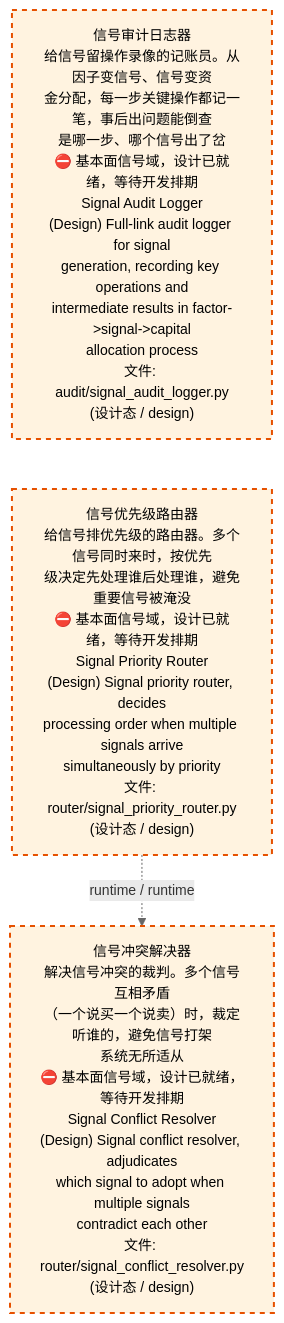
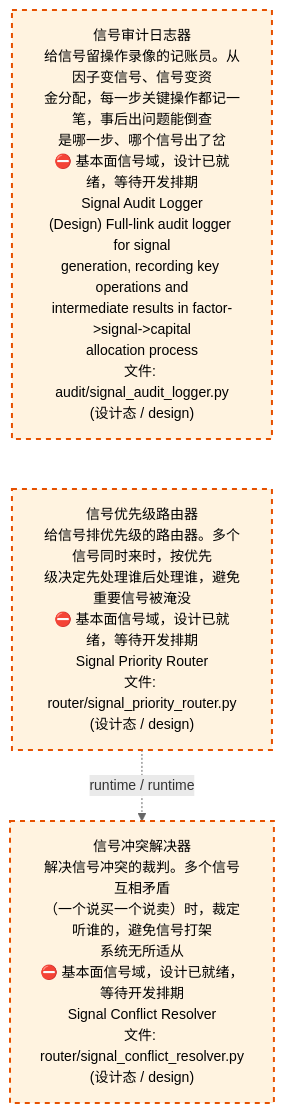
Before and after one commit to xuanFelixVan/ZephyrAlpha: the third of 4 diagrams in docs/02_enterprise_architecture/02_domain_architecture_docs/48_d_fundamental_signal.md, drawn with Mermaid. The commit also changed other lines of this file and 60 other files, not shown here.

````diff
--- a/docs/02_enterprise_architecture/02_domain_architecture_docs/48_d_fundamental_signal.md
+++ b/docs/02_enterprise_architecture/02_domain_architecture_docs/48_d_fundamental_signal.md
@@ -160,14 +160,14 @@
 ```mermaid
 %%{init: {'theme': 'base', 'themeVariables': {'primaryColor': '#eaeaea', 'primaryTextColor': '#333333', 'primaryBorderColor': '#666666', 'lineColor': '#666666', 'secondaryColor': '#eaeaea', 'tertiaryColor': '#eaeaea', 'fontSize': '14px'}}}%%
 flowchart TD
     src_zephyr_signal_fundamental_audit_signal_audit_logger_py["信号审计日志器<br/>给信号留操作录像的记账员。从因子变信号、信号变资<br/>金分配，每一步关键操作都记一笔，事后出问题能倒查<br/>是哪一步、哪个信号出了岔<br/>⛔ 基本面信号域，设计已就绪，等待开发排期<br/>Signal Audit Logger<br/>(Design) Full-link audit logger for signal<br/>generation, recording key operations and<br/>intermediate results in factor->signal->capital<br/>allocation process<br/>文件: audit/signal_audit_logger.py<br/>(设计态 / design)"]
-    src_zephyr_signal_fundamental_router_signal_priority_router_py["信号优先级路由器<br/>给信号排优先级的路由器。多个信号同时来时，按优先<br/>级决定先处理谁后处理谁，避免重要信号被淹没<br/>⛔ 基本面信号域，设计已就绪，等待开发排期<br/>Signal Priority Router<br/>(Design) Signal priority router, decides<br/>processing order when multiple signals arrive<br/>simultaneously by priority<br/>文件: router/signal_priority_router.py<br/>(设计态 / design)"]
+    src_zephyr_signal_fundamental_router_signal_priority_router_py["信号优先级路由器<br/>给信号排优先级的路由器。多个信号同时来时，按优先<br/>级决定先处理谁后处理谁，避免重要信号被淹没<br/>⛔ 基本面信号域，设计已就绪，等待开发排期<br/>Signal Priority Router<br/>文件: router/signal_priority_router.py<br/>(设计态 / design)"]
     src_zephyr_signal_fundamental_audit_signal_audit_logger_py ~~~ src_zephyr_signal_fundamental_router_signal_priority_router_py
-    src_zephyr_signal_fundamental_router_signal_conflict_resolver_py["信号冲突解决器<br/>解决信号冲突的裁判。多个信号互相矛盾<br/>（一个说买一个说卖）时，裁定听谁的，避免信号打架<br/>系统无所适从<br/>⛔ 基本面信号域，设计已就绪，等待开发排期<br/>Signal Conflict Resolver<br/>(Design) Signal conflict resolver, adjudicates<br/>which signal to adopt when multiple signals<br/>contradict each other<br/>文件: router/signal_conflict_resolver.py<br/>(设计态 / design)"]
+    src_zephyr_signal_fundamental_router_signal_conflict_resolver_py["信号冲突解决器<br/>解决信号冲突的裁判。多个信号互相矛盾<br/>（一个说买一个说卖）时，裁定听谁的，避免信号打架<br/>系统无所适从<br/>⛔ 基本面信号域，设计已就绪，等待开发排期<br/>Signal Conflict Resolver<br/>文件: router/signal_conflict_resolver.py<br/>(设计态 / design)"]
     src_zephyr_signal_fundamental_router_signal_priority_router_py -.->|runtime / runtime| src_zephyr_signal_fundamental_router_signal_conflict_resolver_py
     classDef production fill:#e1f5fe,stroke:#01579b,stroke-width:2px,color:#000
     classDef design fill:#fff3e0,stroke:#e65100,stroke-width:2px,color:#000,stroke-dasharray: 5 5
     classDef external_prod fill:#e8f4fd,stroke:#0277bd,stroke-width:1px,color:#000
     classDef external_design fill:#fff8e7,stroke:#ef6c00,stroke-width:1px,color:#000,stroke-dasharray: 5 5
     class src_zephyr_signal_fundamental_audit_signal_audit_logger_py,src_zephyr_signal_fundamental_router_signal_conflict_resolver_py,src_zephyr_signal_fundamental_router_signal_priority_router_py design
 ```
````
